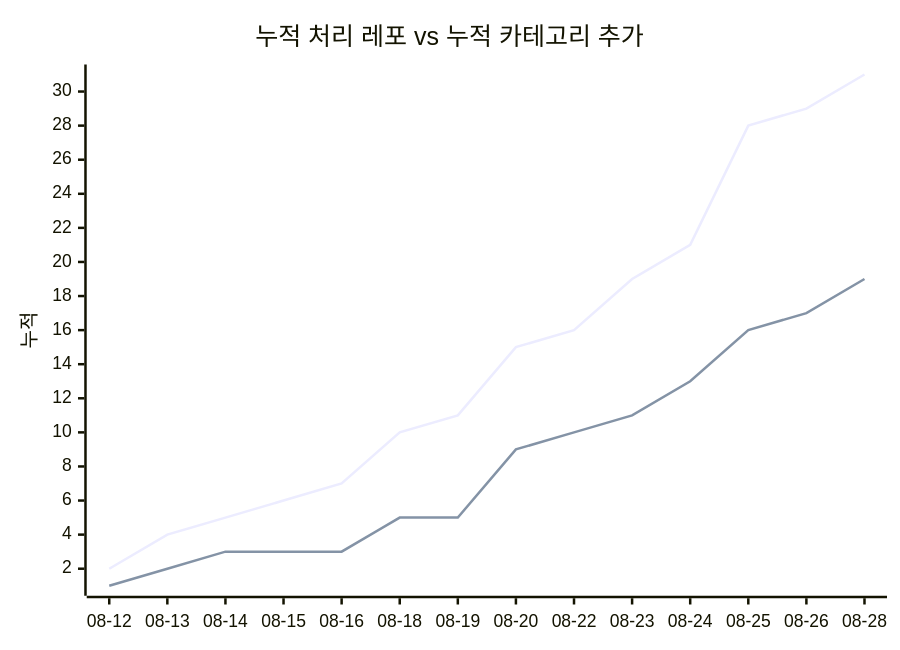
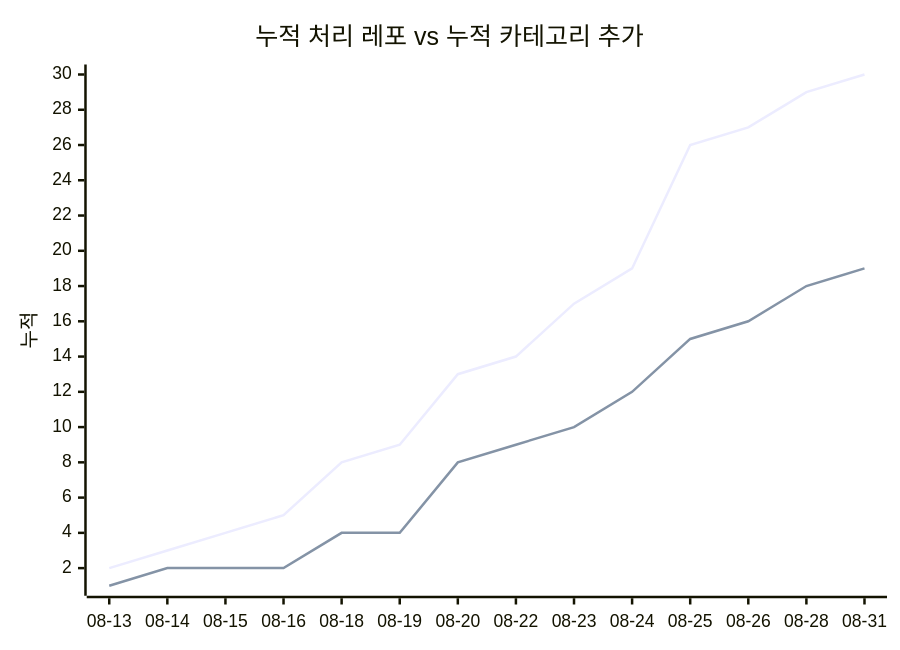
The second of 2 diagrams in docs/trends.md (J-nowcow/awesome-korean-agent-skills), drawn with Mermaid before and after one commit. The commit also changed other lines of this file and 3 other files, not shown here.

````diff
--- a/docs/trends.md
+++ b/docs/trends.md
@@ -68,8 +68,8 @@
 ```mermaid
 xychart-beta
     title "누적 처리 레포 vs 누적 카테고리 추가"
-    x-axis ["08-12","08-13","08-14","08-15","08-16","08-18","08-19","08-20","08-22","08-23","08-24","08-25","08-26","08-28"]
+    x-axis ["08-13","08-14","08-15","08-16","08-18","08-19","08-20","08-22","08-23","08-24","08-25","08-26","08-28","08-31"]
     y-axis "누적"
-    line [2,4,5,6,7,10,11,15,16,19,21,28,29,31]
-    line [1,2,3,3,3,5,5,9,10,11,13,16,17,19]
+    line [2,3,4,5,8,9,13,14,17,19,26,27,29,30]
+    line [1,2,2,2,4,4,8,9,10,12,15,16,18,19]
 ```
````
